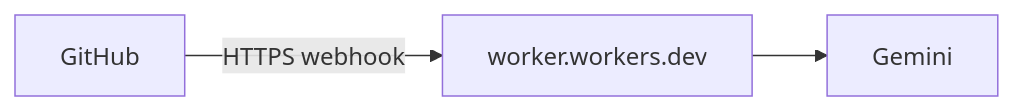
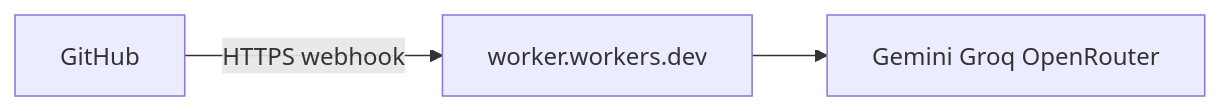
Before and after one commit to vuongj321/roast-my-pr: the third of 4 diagrams in docs/ARCHITECTURE.md, drawn with Mermaid. The commit also changed other lines of this file and 1 other file, not shown here.

````diff
--- a/docs/ARCHITECTURE.md
+++ b/docs/ARCHITECTURE.md
@@ -222,5 +236,5 @@
 ```mermaid
 flowchart LR
   GitHub -->|HTTPS webhook| WorkerURL["worker.workers.dev"]
-  WorkerURL --> Gemini
+  WorkerURL --> LLM[Gemini Groq OpenRouter]
 ```
````
